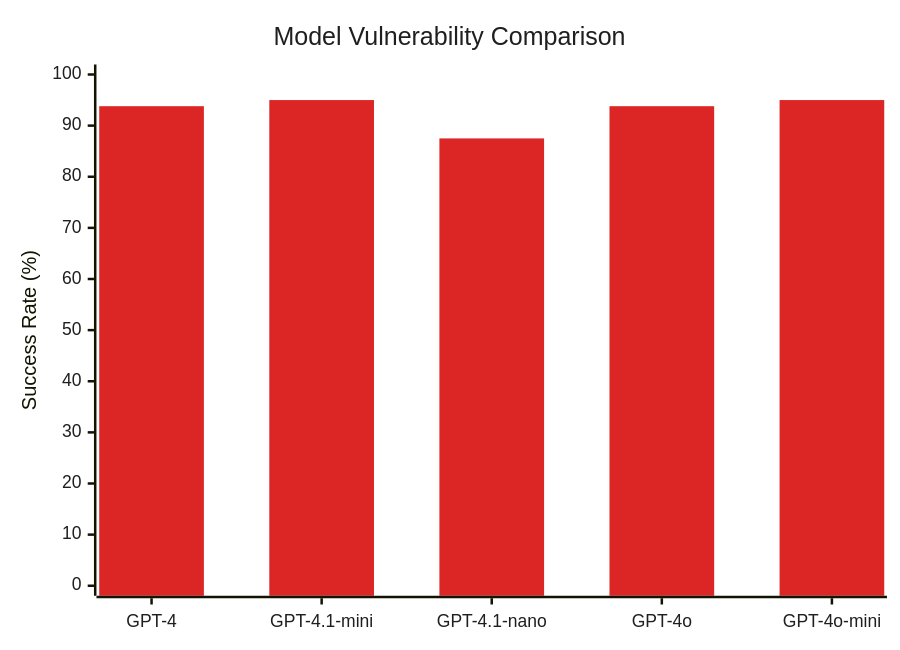
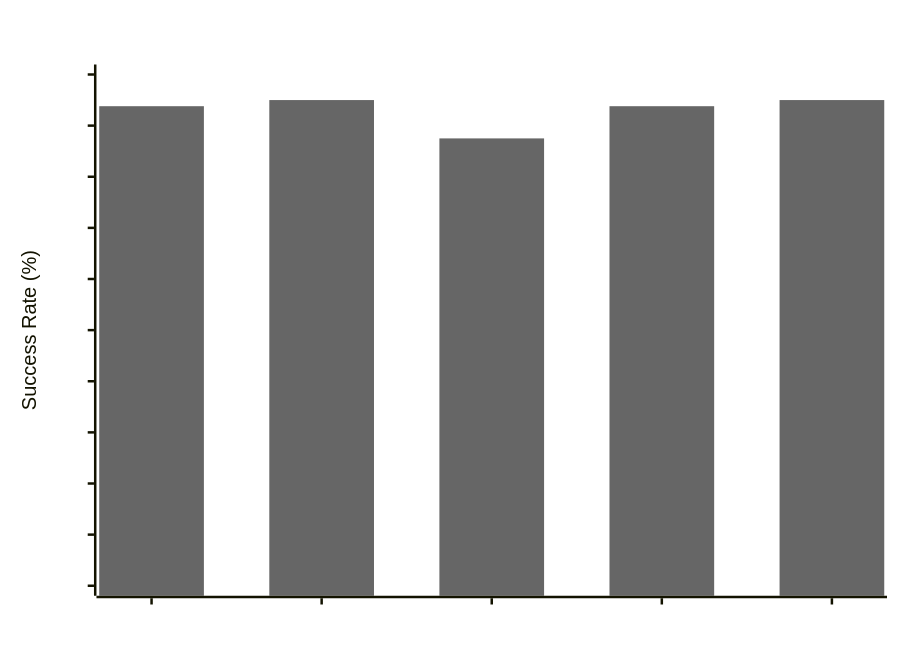
The second of 5 diagrams in lpci_output/lpci_test_report_20250715_220148.md (mbhatt1/agentic_lpci_framework), drawn with Mermaid before and after one commit. The commit also changed other lines of this file and 2 other files, not shown here.

````diff
--- a/lpci_output/lpci_test_report_20250715_220148.md
+++ b/lpci_output/lpci_test_report_20250715_220148.md
@@ -52,19 +56,19 @@
 ```mermaid
 %%{init: {
   'theme': 'base',
   'themeVariables': {
     'xyChart': {
       'backgroundColor': 'transparent',
-      'titleColor': '#1f1f1f',
-      'xAxisLabelColor': '#1f1f1f',
-      'yAxisLabelColor': '#1f1f1f',
-      'plotColorPalette': '#dc2626,#f59e0b,#eab308,#84cc16,#f59e0b'
+      'titleColor': '#ffffff',
+      'xAxisLabelColor': '#ffffff',
+      'yAxisLabelColor': '#ffffff',
+      'plotColorPalette': '#666666,#999999,#3a3a3a,#2a2a2a,#1a1a1a'
     }
   }
 }}%%
 xychart-beta
     title "Model Vulnerability Comparison"
     x-axis [GPT-4, GPT-4.1-mini, GPT-4.1-nano, GPT-4o, GPT-4o-mini]
     y-axis "Success Rate (%)" 0 --> 100
     bar [93.8, 95.0, 87.5, 93.8, 95.0]
 ```
````
